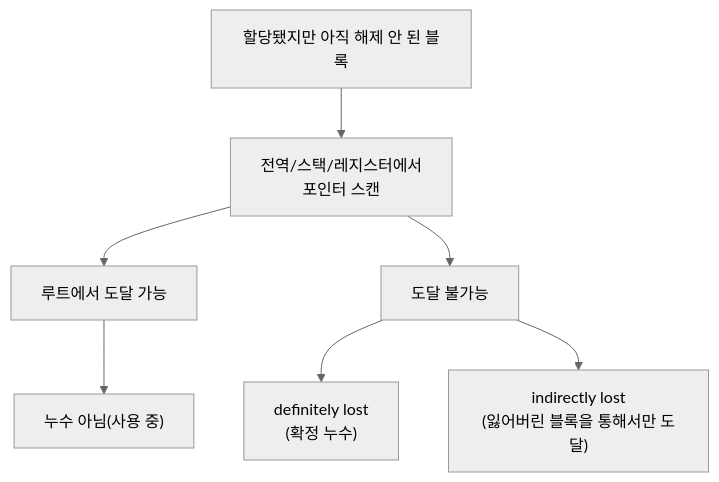
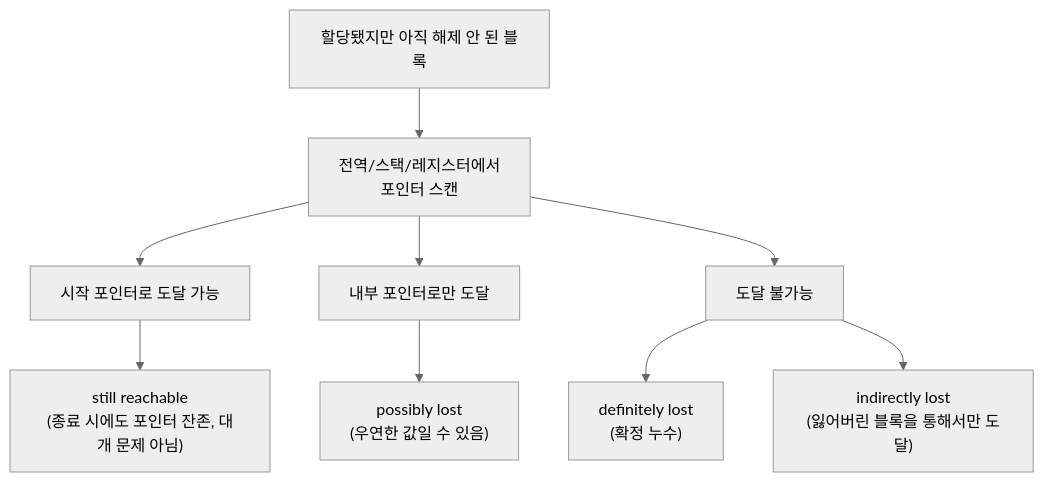
Before and after one commit to 42jerrykim/42jerrykim.github.io: the diagram in content/collection/optimization-04-memory-allocation/14-memory-leak-detection/index.md, drawn with Mermaid (neutral theme). The commit also changed other lines of this file and 1 other file, not shown here.

````diff
--- a/content/collection/optimization-04-memory-allocation/14-memory-leak-detection/index.md
+++ b/content/collection/optimization-04-memory-allocation/14-memory-leak-detection/index.md
@@ -69,9 +68,11 @@
 ```mermaid
 flowchart TD
   liveBlocks["할당됐지만 아직 해제 안 된 블록"] --> scanRoots["전역/스택/레지스터에서</br>포인터 스캔"]
-  scanRoots --> reachable["루트에서 도달 가능"]
+  scanRoots --> reachable["시작 포인터로 도달 가능"]
+  scanRoots --> interior["내부 포인터로만 도달"]
   scanRoots --> unreachable["도달 불가능"]
-  reachable --> stillUsed["누수 아님(사용 중)"]
+  reachable --> stillReachable["still reachable</br>(종료 시에도 포인터 잔존, 대개 문제 아님)"]
+  interior --> possiblyLost["possibly lost</br>(우연한 값일 수 있음)"]
   unreachable --> definitelyLost["definitely lost</br>(확정 누수)"]
   unreachable --> indirectlyLost["indirectly lost</br>(잃어버린 블록을 통해서만 도달)"]
 ```
````
